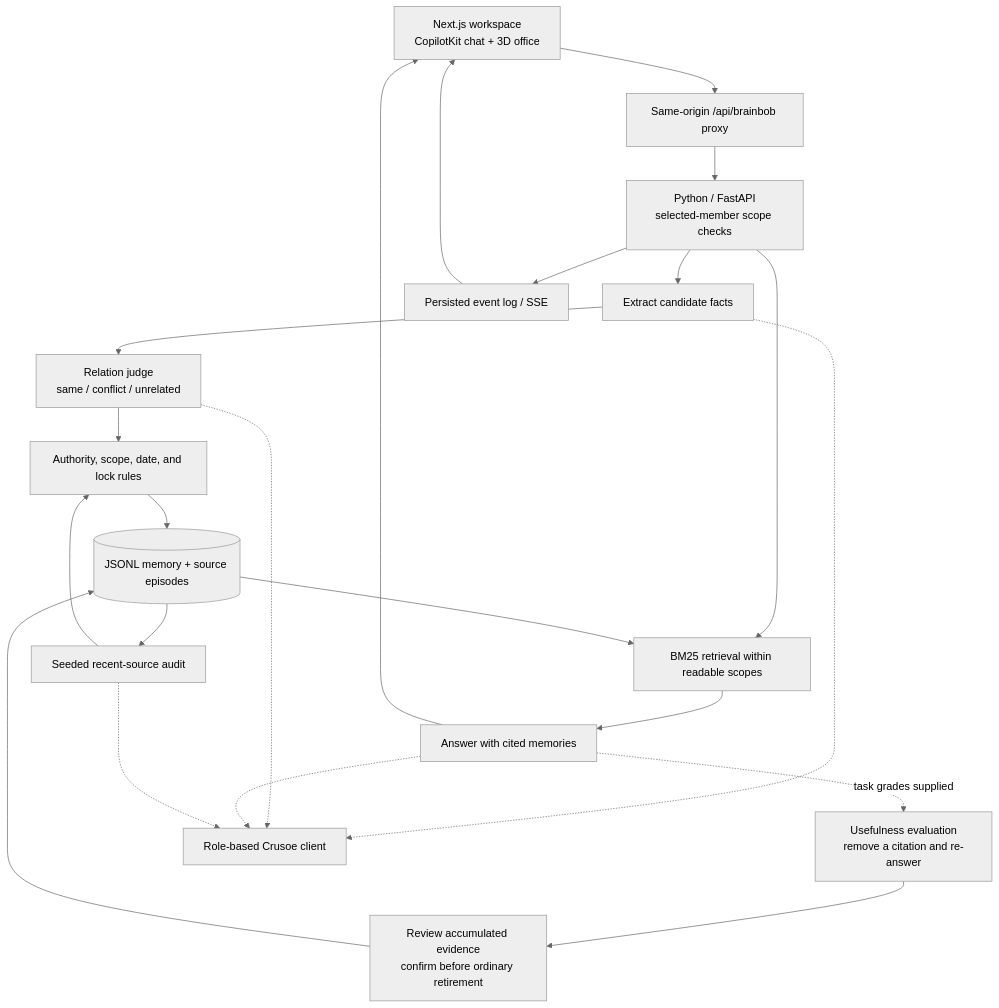
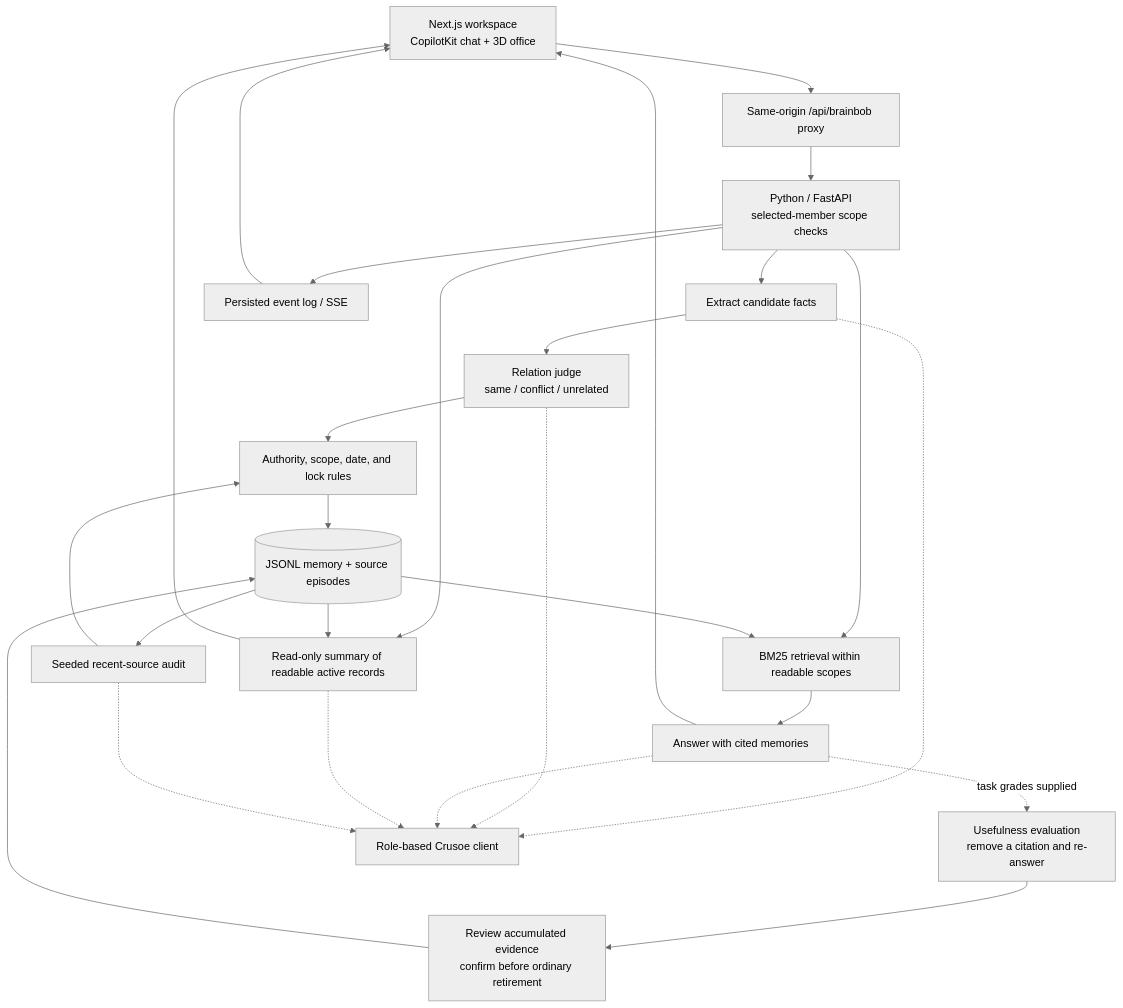
The diagram in docs/architecture.md (jerelvelarde/BrainBob), drawn with Mermaid (neutral theme) before and after one commit. The commit also changed other lines of this file and 13 other files, not shown here.

````diff
--- a/docs/architecture.md
+++ b/docs/architecture.md
@@ -7,24 +7,28 @@
 ```mermaid
 flowchart TD
     UI["Next.js workspace<br/>CopilotKit chat + 3D office"] --> Proxy["Same-origin /api/brainbob proxy"]
     Proxy --> API["Python / FastAPI<br/>selected-member scope checks"]
     API --> Write["Extract candidate facts"]
     Write --> Judge["Relation judge<br/>same / conflict / unrelated"]
     Judge --> Rules["Authority, scope, date, and lock rules"]
     Rules --> Store[("JSONL memory + source episodes")]
     API --> Retrieve["BM25 retrieval within readable scopes"]
     Store --> Retrieve
     Retrieve --> Answer["Answer with cited memories"]
     Answer --> UI
+    API --> Summary["Read-only summary of readable active records"]
+    Store --> Summary
+    Summary --> UI
     Answer -. "task grades supplied" .-> Eval["Usefulness evaluation<br/>remove a citation and re-answer"]
     Eval --> Review["Review accumulated evidence<br/>confirm before ordinary retirement"]
     Review --> Store
     Store --> Audit["Seeded recent-source audit"]
     Audit --> Rules
     API --> Events["Persisted event log / SSE"]
     Events --> UI
     Write -.-> LLM["Role-based Crusoe client"]
     Judge -.-> LLM
     Answer -.-> LLM
+    Summary -.-> LLM
     Audit -.-> LLM
 ```
````
